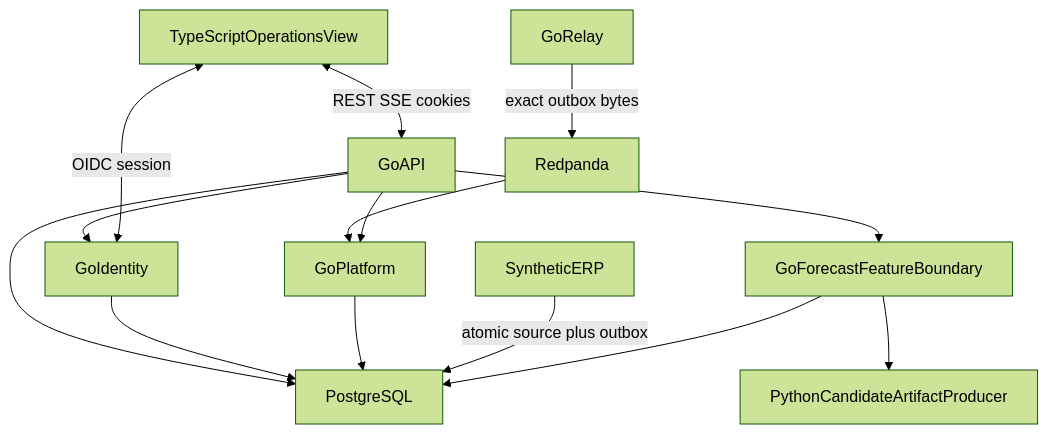
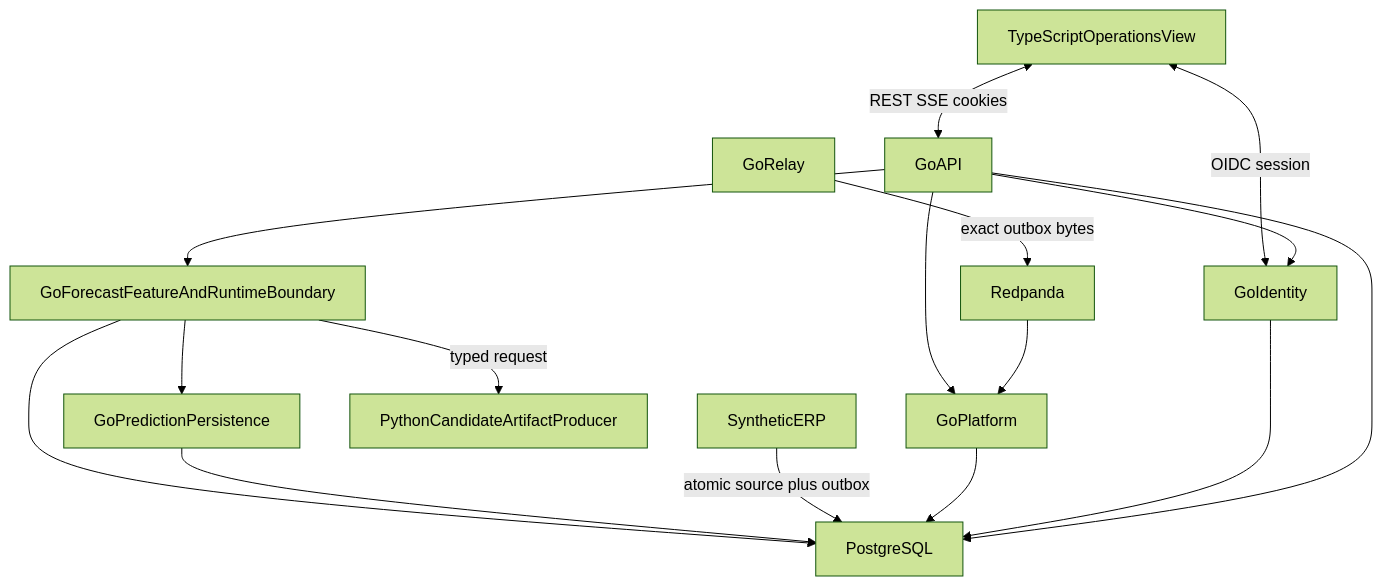
Before and after one commit to G1DO/seshatops: the diagram in docs/architecture/overview.md, drawn with Mermaid (forest theme). The commit also changed other lines of this file and 13 other files, not shown here.

````diff
--- a/docs/architecture/overview.md
+++ b/docs/architecture/overview.md
@@ -18,26 +18,28 @@
 ```mermaid
 flowchart TB
   UI[TypeScriptOperationsView]
   ID[GoIdentity]
   API[GoAPI]
   PL[GoPlatform]
-  FS[GoForecastFeatureBoundary]
+  FS[GoForecastFeatureAndRuntimeBoundary]
   REL[GoRelay]
   ERP[SyntheticERP]
   BUS[Redpanda]
   PG[PostgreSQL]
   PY[PythonCandidateArtifactProducer]
+  PP[GoPredictionPersistence]
   UI <-->|"REST SSE cookies"| API
   UI <-->|"OIDC session"| ID
   API --> ID
   API --> PL
   API --> FS
   FS --> PG
-  FS --> PY
+  FS -->|typed request| PY
+  FS --> PP --> PG
   ERP -->|atomic source plus outbox| PG
   REL -->|exact outbox bytes| BUS
   BUS --> PL
   PL --> PG
   ID --> PG
   API --> PG
 ```
````
